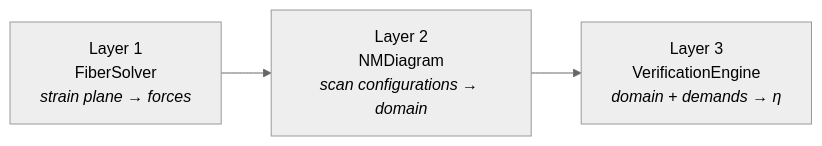
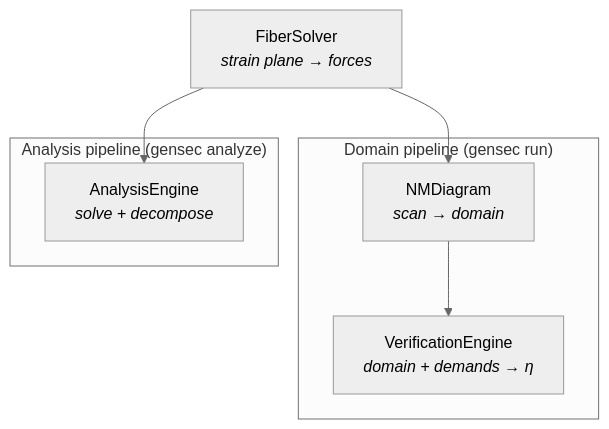
The first of 11 diagrams in docs/architecture/architecture_solver.rst (Jagtree/gensec), drawn with Mermaid (neutral theme) before and after one commit. The commit also changed other lines of this file and 23 other files, not shown here.

```diff
--- a/docs/architecture/architecture_solver.rst
+++ b/docs/architecture/architecture_solver.rst
@@ -19,7 +20,16 @@
 .. mermaid::
 
-   flowchart LR
-       A["Layer 1<br/>FiberSolver<br/><i>strain plane → forces</i>"]
-       B["Layer 2<br/>NMDiagram<br/><i>scan configurations → domain</i>"]
-       C["Layer 3<br/>VerificationEngine<br/><i>domain + demands → η</i>"]
-       A --> B --> C
+   flowchart TD
+       FS["FiberSolver<br/><i>strain plane → forces</i>"]
+
+       subgraph domain["Domain pipeline (gensec run)"]
+           NM["NMDiagram<br/><i>scan → domain</i>"]
+           VE["VerificationEngine<br/><i>domain + demands → η</i>"]
+       end
+
+       subgraph analysis["Analysis pipeline (gensec analyze)"]
+           AE["AnalysisEngine<br/><i>solve + decompose</i>"]
+       end
+
+       FS --> NM --> VE
+       FS --> AE
```
